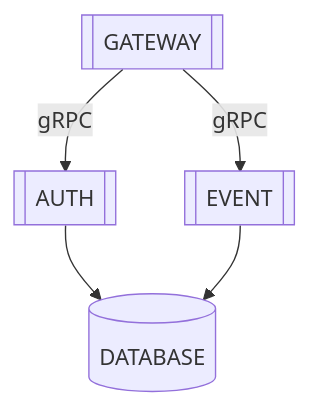
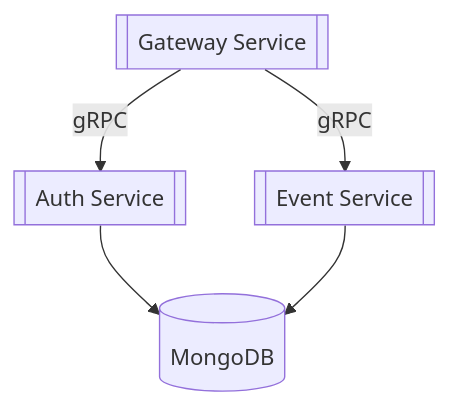
Before and after one commit to RunFridge/event-manager: the diagram in README.md, drawn with Mermaid. The commit also changed other lines of this file, not shown here.

````diff
--- a/README.md
+++ b/README.md
@@ -9,12 +11,12 @@
 ```mermaid
 flowchart TD
-	gateway[["GATEWAY"]]
-    auth[["AUTH"]]
-    event[["EVENT"]]
-    db[("DATABASE")]
+	gateway[["Gateway Service"]]
+    auth[["Auth Service"]]
+    event[["Event Service"]]
+    db[("MongoDB")]
 
     gateway -->|gRPC| auth
     gateway -->|gRPC| event
     auth --> db
     event --> db
 ```
````
